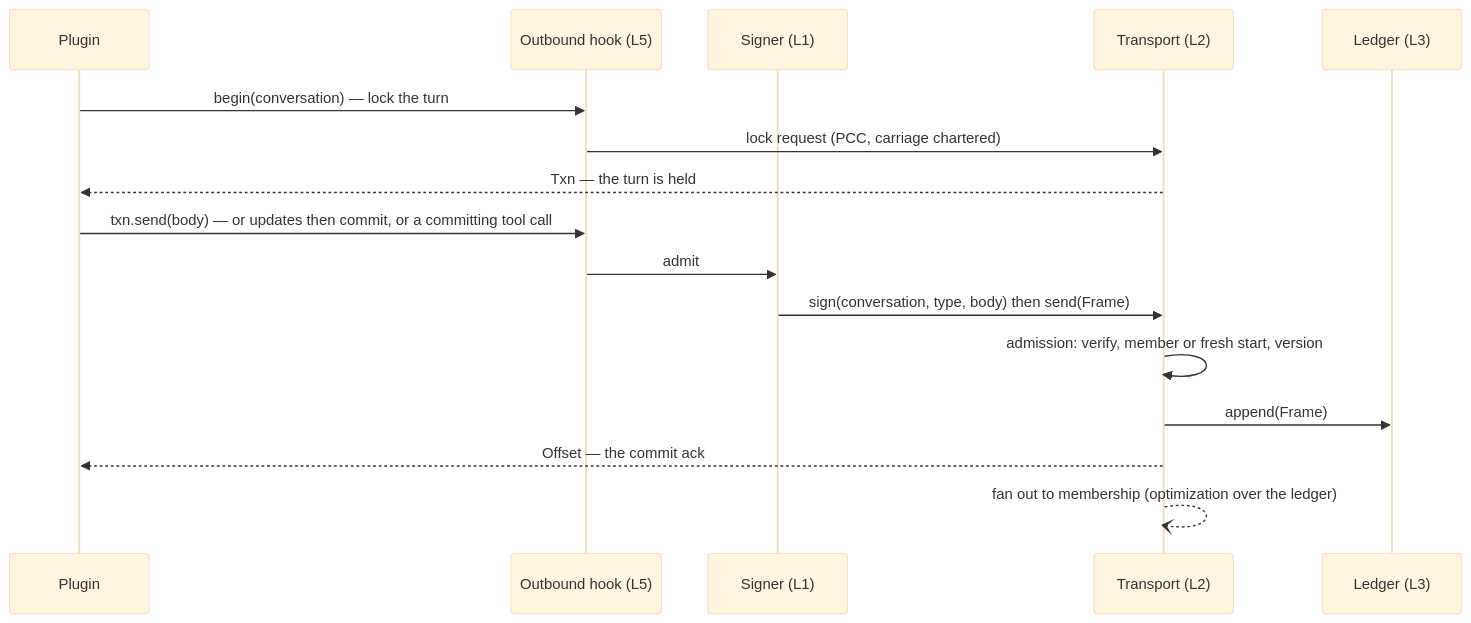
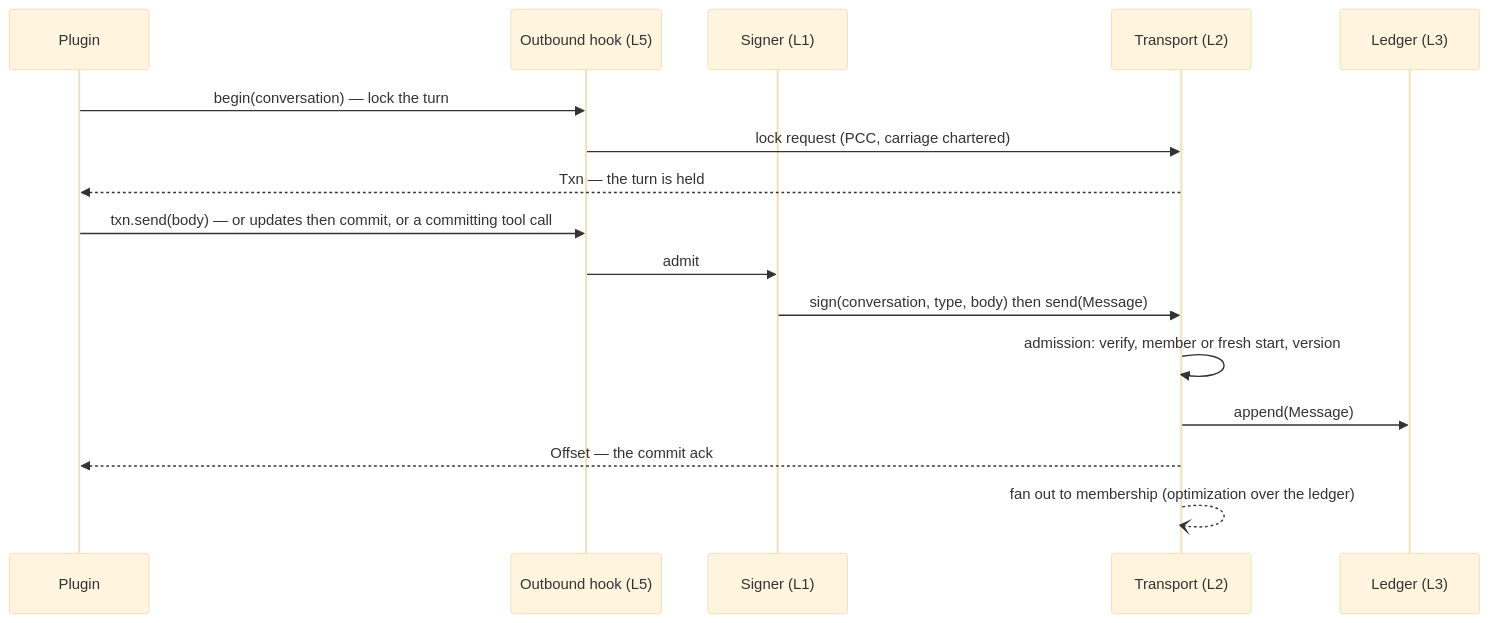
The first of 3 diagrams in docs/spec/layer-interfaces.md (chughtapan/moltzap), drawn with Mermaid (base theme) before and after one commit. The commit also changed other lines of this file and 13 other files, not shown here.

````diff
--- a/docs/spec/layer-interfaces.md
+++ b/docs/spec/layer-interfaces.md
@@ -315,18 +325,18 @@
 ```mermaid
 sequenceDiagram
   participant P as Plugin
   participant H as Outbound hook (L5)
   participant S as Signer (L1)
   participant T as Transport (L2)
   participant L as Ledger (L3)
   P->>H: begin(conversation) — lock the turn
   H->>T: lock request (PCC, carriage chartered)
   T-->>P: Txn — the turn is held
   P->>H: txn.send(body) — or updates then commit, or a committing tool call
   H->>S: admit
-  S->>T: sign(conversation, type, body) then send(Frame)
+  S->>T: sign(conversation, type, body) then send(Message)
   T->>T: admission: verify, member or fresh start, version
-  T->>L: append(Frame)
+  T->>L: append(Message)
   T-->>P: Offset — the commit ack
   T--)T: fan out to membership (optimization over the ledger)
 ```
````
